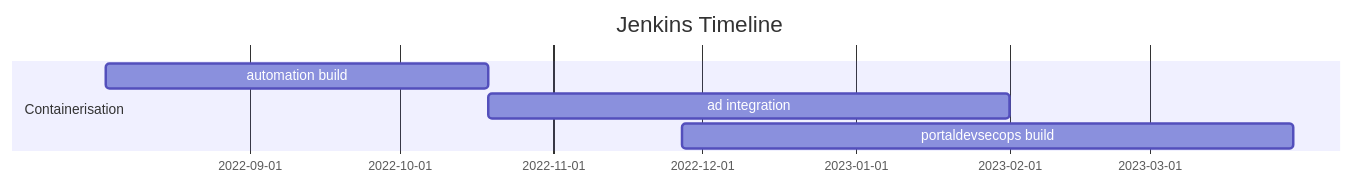
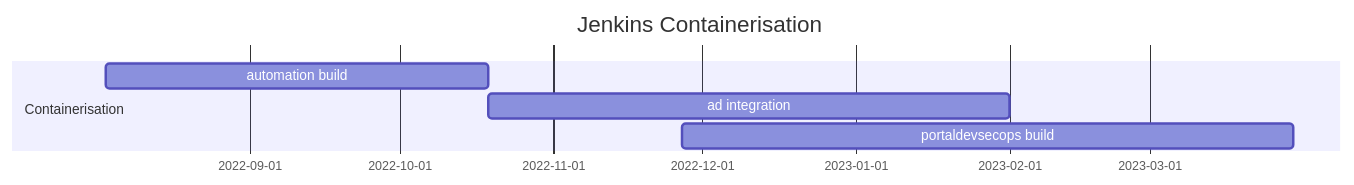
Before and after one commit to MoTTTT/whatWeThink: the fifth of 5 diagrams in README.md, drawn with Mermaid. The commit also changed other lines of this file, not shown here.

````diff
--- a/README.md
+++ b/README.md
@@ -51,10 +51,10 @@
 ```mermaid
 gantt
-    title Jenkins Timeline
+    title Jenkins Containerisation
     dateFormat  YYYY-MM-DD
 
     section Containerisation
         automation build: c2, 2022-08-03, 2022-10-19
         ad integration: c3, 2022-10-19, 2023-02-01
         portaldevsecops build: c5, 2022-11-27, 2023-03-30 
 ```
````
